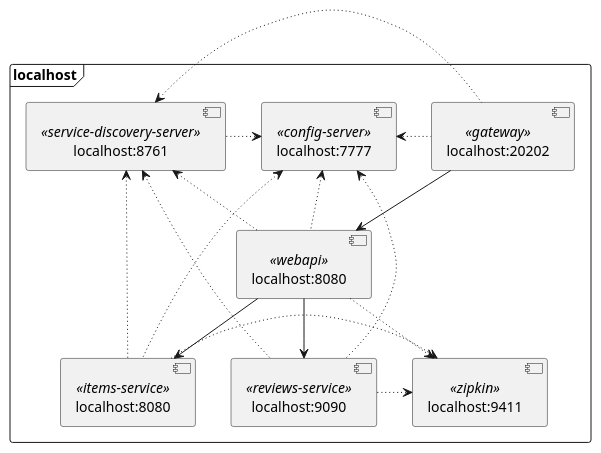
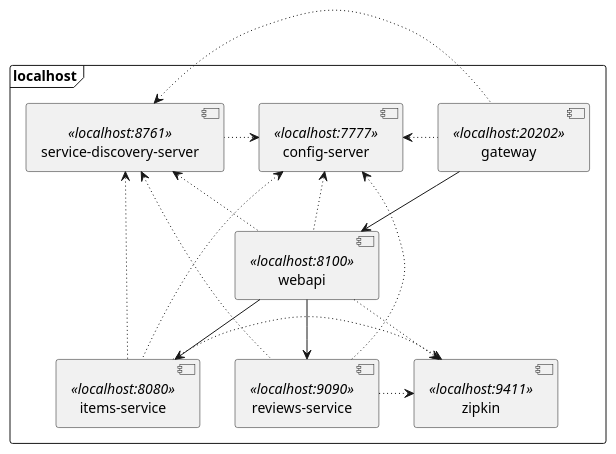
The diagram in guide/puml/locally-run-services.puml (kenalexandersson/acorn-microservices-tutorial), drawn with PlantUML before and after one commit. The commit also changed 3 other files, not shown here.

```diff
--- a/guide/puml/locally-run-services.puml
+++ b/guide/puml/locally-run-services.puml
@@ -1,42 +1,42 @@
 @startuml
 
 skinparam shadowing false
 
 frame localhost {
 
-    component localhost:7777 <<config-server>> as cs {
+    component config-server <<localhost:7777>> as cs {
     }
-    component localhost:8761 <<service-discovery-server>> as sds {
+    component service-discovery-server <<localhost:8761>> as sds {
     }
-    component localhost:20202 <<gateway>> as gateway {
+    component gateway <<localhost:20202>> as gateway {
     }
-    component localhost:8080 <<webapi>> as webapi {
+    component webapi <<localhost:8100>> as webapi {
     }
-    component localhost:8080 <<items-service>> as is {
+    component items-service <<localhost:8080>> as is {
     }
-    component localhost:9090 <<reviews-service>> as rs {
+    component reviews-service <<localhost:9090>> as rs {
     }
-    component localhost:9411 <<zipkin>> as zipkin {
+    component zipkin <<localhost:9411>> as zipkin {
     }
 
     cs <~ gateway
     cs <~ webapi
     cs <~ is
     cs <~ rs
     cs <~ sds
 
     sds <~ gateway
     sds <~ webapi
     sds <~ is
     sds <~ rs
 
     gateway --> webapi
     webapi --> is
     webapi --> rs
 
     webapi ~> zipkin
     is ~> zipkin
     rs ~> zipkin
 }
 
 @enduml
```
